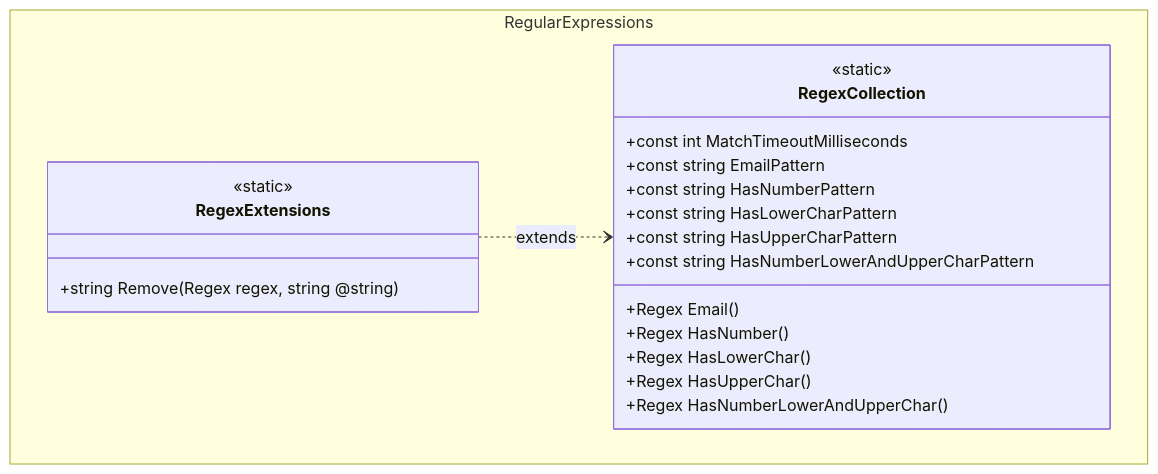
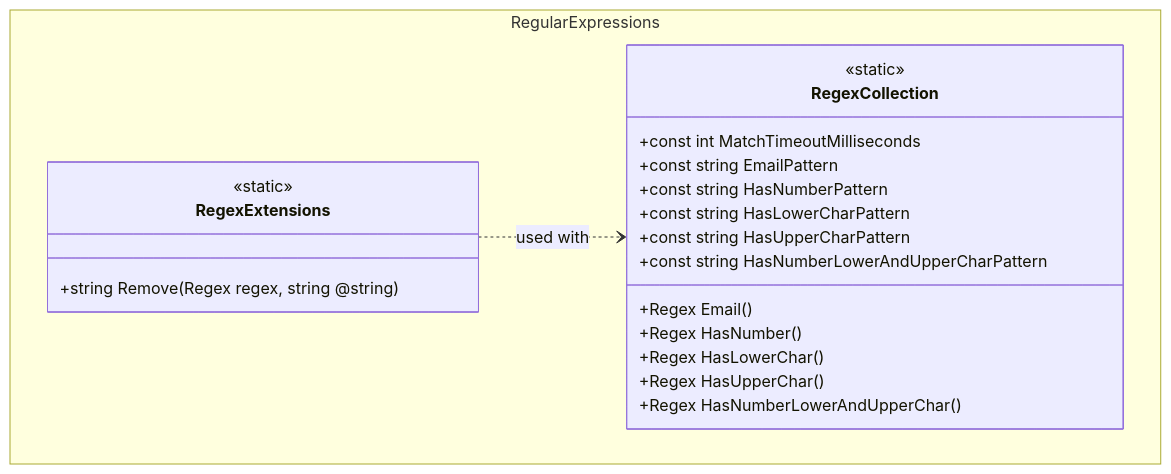
Before and after one commit to artur-rios/dotnet-util: the diagram in docs/content/en/docs/regular-expressions.md, drawn with Mermaid. The commit also changed other lines of this file and 17 other files, not shown here.

````diff
--- a/docs/content/en/docs/regular-expressions.md
+++ b/docs/content/en/docs/regular-expressions.md
@@ -19,24 +20,24 @@
 ```mermaid
 classDiagram
     namespace RegularExpressions {
         class RegexCollection {
             <<static>>
             +const int MatchTimeoutMilliseconds
             +const string EmailPattern
             +const string HasNumberPattern
             +const string HasLowerCharPattern
             +const string HasUpperCharPattern
             +const string HasNumberLowerAndUpperCharPattern
             +Regex Email()
             +Regex HasNumber()
             +Regex HasLowerChar()
             +Regex HasUpperChar()
             +Regex HasNumberLowerAndUpperChar()
         }
         class RegexExtensions {
             <<static>>
             +string Remove(Regex regex, string @string)
         }
     }
-    RegexExtensions ..> RegexCollection : extends
+    RegexExtensions ..> RegexCollection : used with
 ```
````
